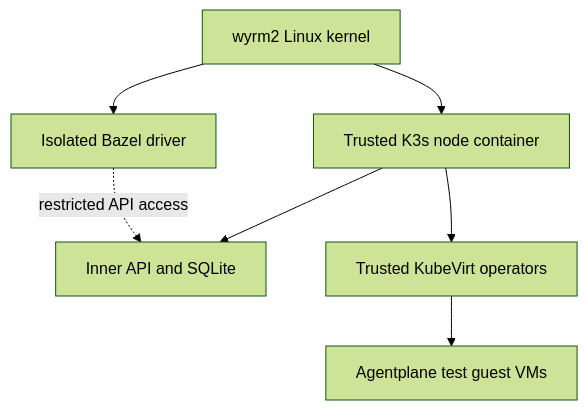
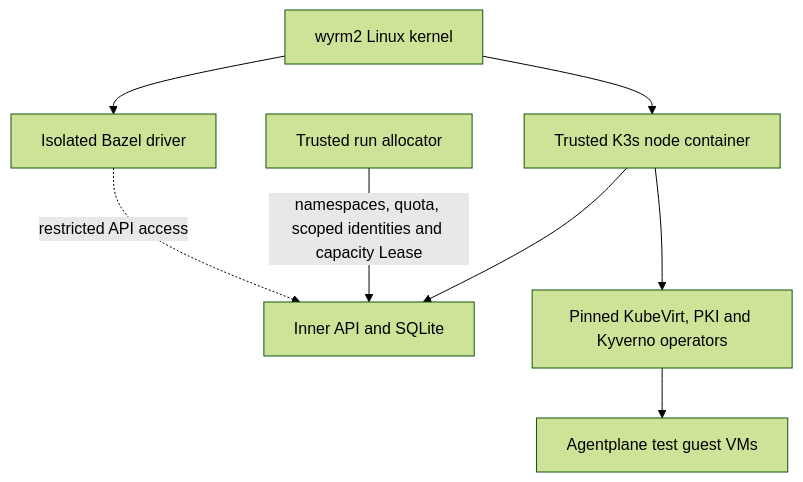
Before and after one commit to agentydragon/ducktape: the diagram in agentplane/system_tests/shared_cluster/SPEC.md, drawn with Mermaid (forest theme). The commit also changed 1 other file, not shown here.

Commit message:
Check the API endpoint before testing the trusted allocator CLI

````diff
--- a/agentplane/system_tests/shared_cluster/SPEC.md
+++ b/agentplane/system_tests/shared_cluster/SPEC.md
@@ -9,10 +9,11 @@
 ```mermaid
 flowchart TD
     W[wyrm2 Linux kernel]
     W --> N[Trusted K3s node container]
     N --> K[Inner API and SQLite]
-    N --> O[Trusted KubeVirt operators]
+    N --> O[Pinned KubeVirt, PKI and Kyverno operators]
     O --> V[Agentplane test guest VMs]
     W --> D[Isolated Bazel driver]
+    A[Trusted run allocator] -->|namespaces, quota, scoped identities and capacity Lease| K
     D -. restricted API access .-> K
 ```
````
